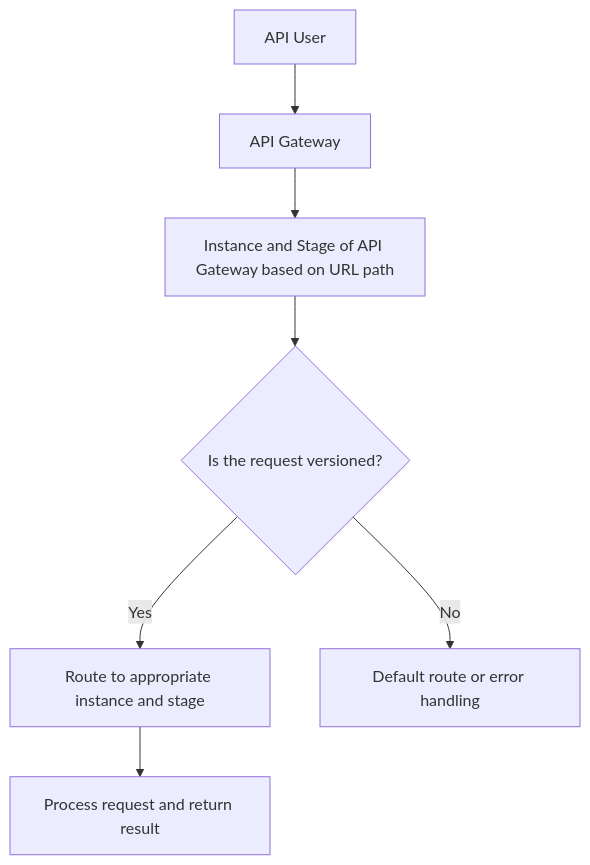
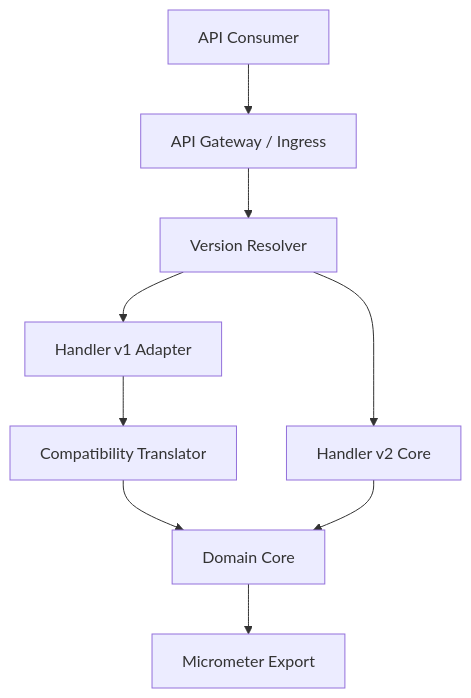
One commit to Joaquinriosheredia/DAM-Java-Mastery changed the first of 4 diagrams in _Review/api_versioning_y_backward_compatibility_en_microservicios/api_versioning_y_backward_compatibility_en_microservicios.md. Above: the diagram before and after it, drawn with Mermaid. The commit also changed other lines of this file, not shown here.

Commit message:
API Versioning y Backward Compatibility en Microservicios

````diff
--- a/_Review/api_versioning_y_backward_compatibility_en_microservicios/api_versioning_y_backward_compatibility_en_microservicios.md
+++ b/_Review/api_versioning_y_backward_compatibility_en_microservicios/api_versioning_y_backward_compatibility_en_microservicios.md
@@ -153,9 +52,11 @@
 ```mermaid
 graph TD
-    A[API User] --> B[API Gateway]
-    B --> C[Instance and Stage of API Gateway based on URL path]
-    C --> D{Is the request versioned?}
-    D -- Yes --> E[Route to appropriate instance and stage]
-    E --> F[Process request and return result]
-    D -- No --> G[Default route or error handling]
+    CLIENT[API Consumer] --> GATEWAY[API Gateway / Ingress]
+    GATEWAY --> RESOLVER[Version Resolver]
+    RESOLVER --> V1[Handler v1 Adapter]
+    RESOLVER --> V2[Handler v2 Core]
+    V1 --> COMPAT[Compatibility Translator]
+    COMPAT --> CORE[Domain Core]
+    V2 --> CORE
+    CORE --> METRICS[Micrometer Export]
 ```
````
